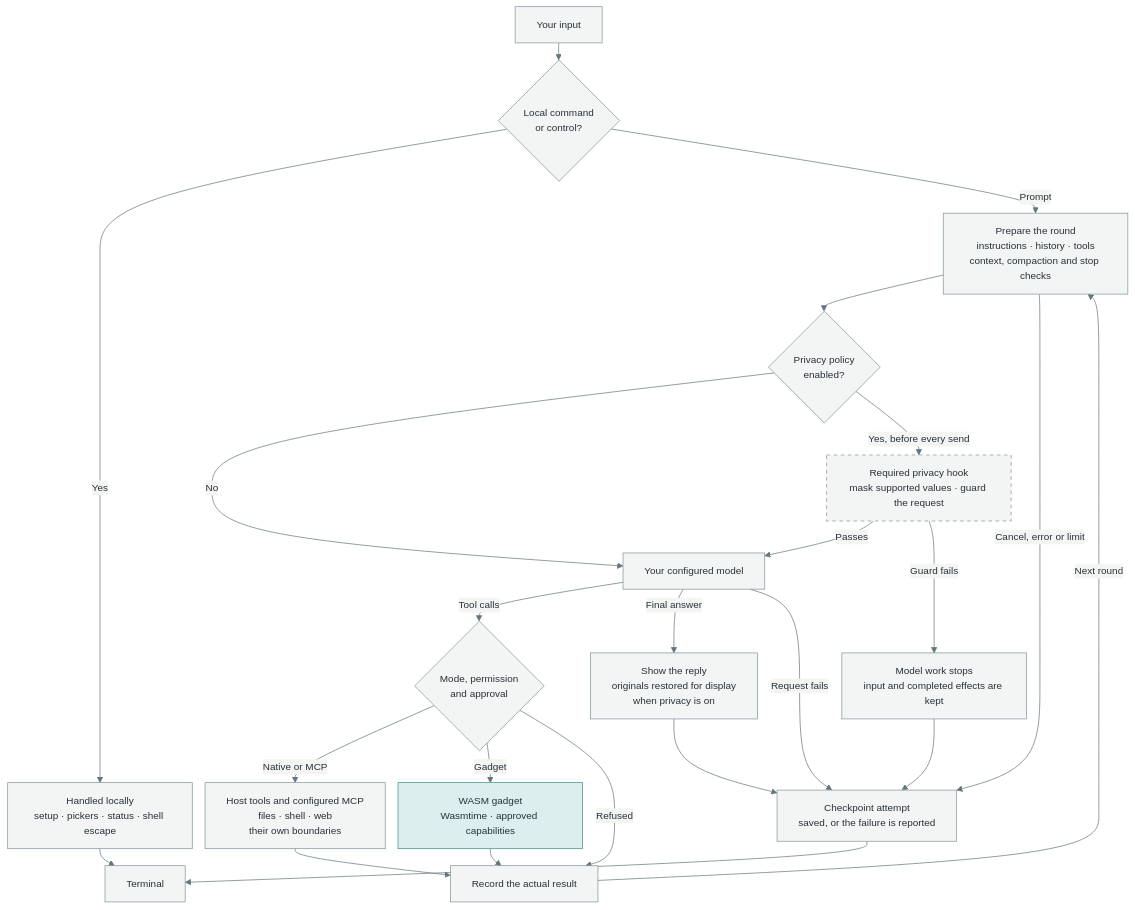
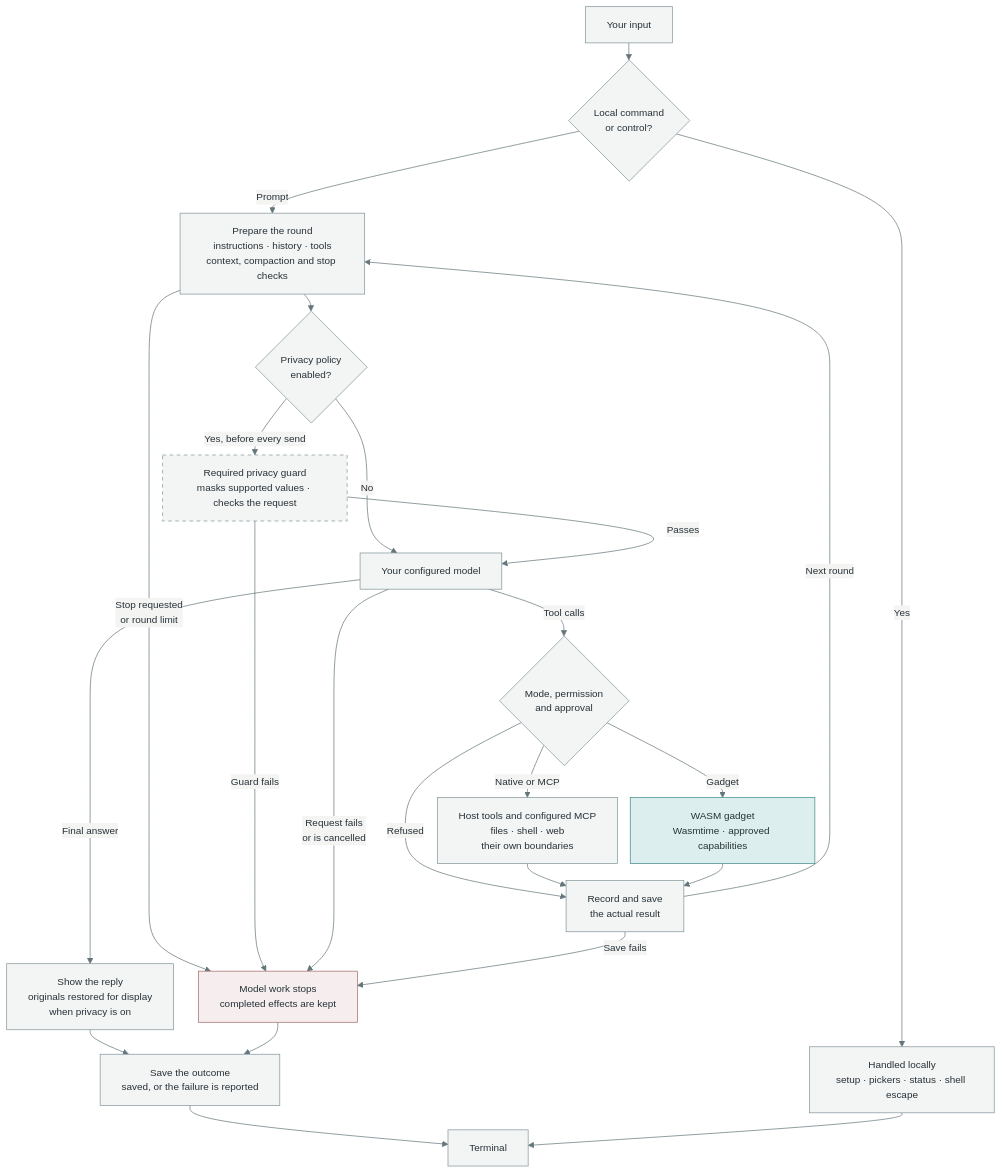
The diagram in README.md (kaobei-alabo/craftsman-harness), drawn with Mermaid before and after one commit. The commit also changed other lines of this file and 1 other file, not shown here.

First line of the commit message:
docs: the README shows the current flow only, in one diagram

````diff
--- a/README.md
+++ b/README.md
@@ -72,30 +70,33 @@
 ```mermaid
 %%{init: {"theme":"base","themeVariables":{"primaryColor":"#f3f4f4","primaryTextColor":"#263238","primaryBorderColor":"#82959b","lineColor":"#64767b","fontFamily":"sans-serif","fontSize":"14px"},"flowchart":{"nodeSpacing":18,"rankSpacing":24}}}%%
 flowchart TD
     Q["Your input"] --> R{"Local command<br/>or control?"}
     R -->|Yes| C["Handled locally<br/>setup · pickers · status · shell escape"]
-    C --> O["Terminal"]
     R -->|Prompt| P["Prepare the round<br/>instructions · history · tools<br/>context, compaction and stop checks"]
     P --> H{"Privacy policy<br/>enabled?"}
     H -->|No| M["Your configured model"]
-    H -->|"Yes, before every send"| K["Required privacy hook<br/>mask supported values · guard the request"]
+    H -->|"Yes, before every send"| K["Required privacy guard<br/>masks supported values · checks the request"]
     K -->|Passes| M
-    K -->|Guard fails| X["Model work stops<br/>input and completed effects are kept"]
     M -->|Tool calls| G{"Mode, permission<br/>and approval"}
     G -->|"Native or MCP"| N["Host tools and configured MCP<br/>files · shell · web<br/>their own boundaries"]
     G -->|Gadget| W["WASM gadget<br/>Wasmtime · approved capabilities"]
-    G -->|Refused| T["Record the actual result"]
+    G -->|Refused| T["Record and save<br/>the actual result"]
     N --> T
     W --> T
     T -->|Next round| P
     M -->|Final answer| D["Show the reply<br/>originals restored for display<br/>when privacy is on"]
-    D --> S["Checkpoint attempt<br/>saved, or the failure is reported"]
+    P -->|"Stop requested<br/>or round limit"| X["Model work stops<br/>completed effects are kept"]
+    K -->|Guard fails| X
+    M -->|"Request fails<br/>or is cancelled"| X
+    T -->|Save fails| X
+    D --> S["Save the outcome<br/>saved, or the failure is reported"]
     X --> S
-    P -->|"Cancel, error or limit"| S
-    M -->|Request fails| S
-    S --> O
+    S --> O["Terminal"]
+    C --> O
     classDef wasm fill:#dcefee,stroke:#408b8b,color:#263238;
     classDef optional stroke-dasharray: 5 5;
+    classDef stop fill:#f6eeee,stroke:#a36a6a,color:#263238;
     class W wasm;
     class K optional;
+    class X stop;
 ```
````
